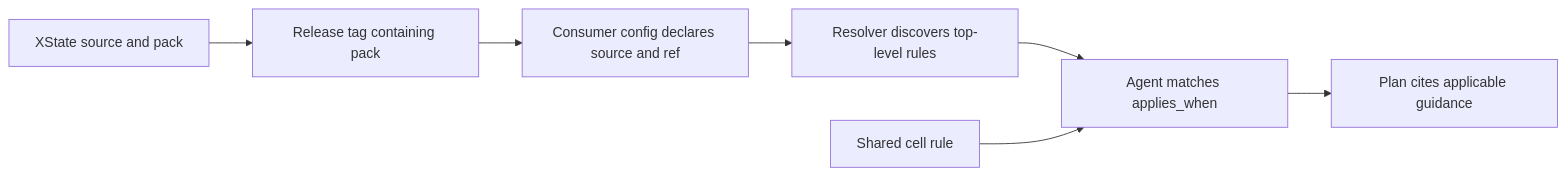
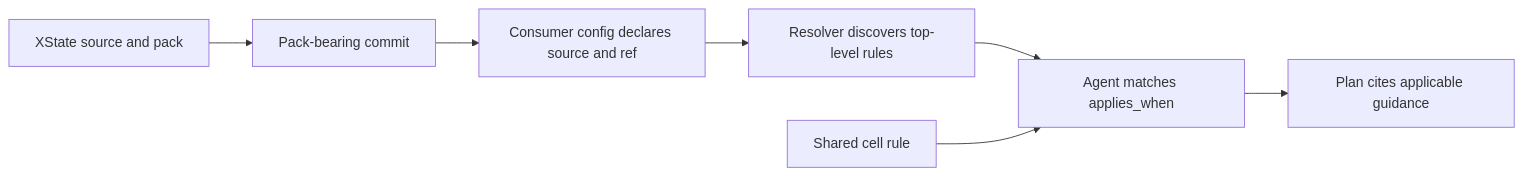
One commit to systemfsoftware/xstate changed the diagram in docs/plans/2026-11-08-1624-docs-xstate-compound-pack-plan.md. Above: the diagram before and after it, drawn with Mermaid. The commit also changed other lines of this file and 1 other file, not shown here.

Commit message:
docs(xstate): pin compound pack to flake revision

````diff
--- a/docs/plans/2026-11-08-1624-docs-xstate-compound-pack-plan.md
+++ b/docs/plans/2026-11-08-1624-docs-xstate-compound-pack-plan.md
@@ -101,9 +101,9 @@
 ```mermaid
 flowchart LR
-  A[XState source and pack] --> B[Release tag containing pack]
+  A[XState source and pack] --> B[Pack-bearing commit]
   B --> C[Consumer config declares source and ref]
   C --> D[Resolver discovers top-level rules]
   D --> E[Agent matches applies_when]
   E --> F[Plan cites applicable guidance]
   G[Shared cell rule] --> E
 ```
````
